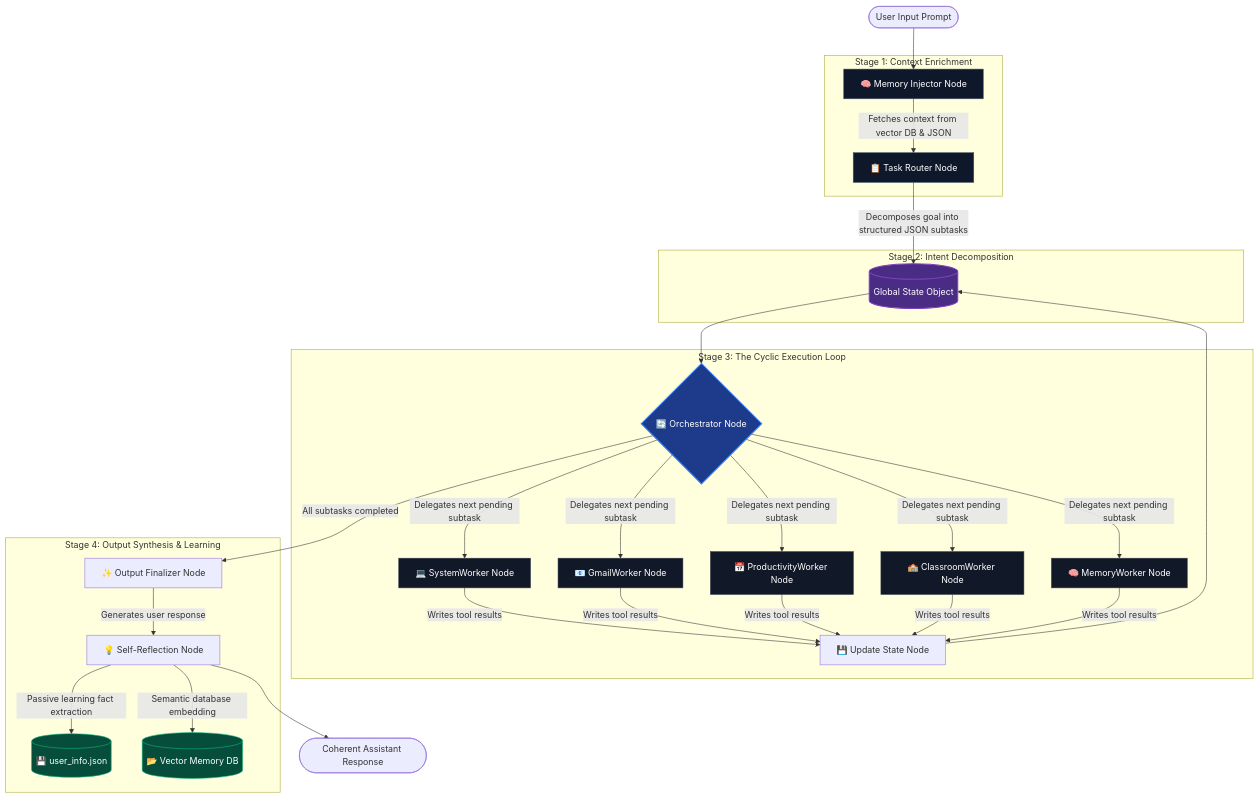
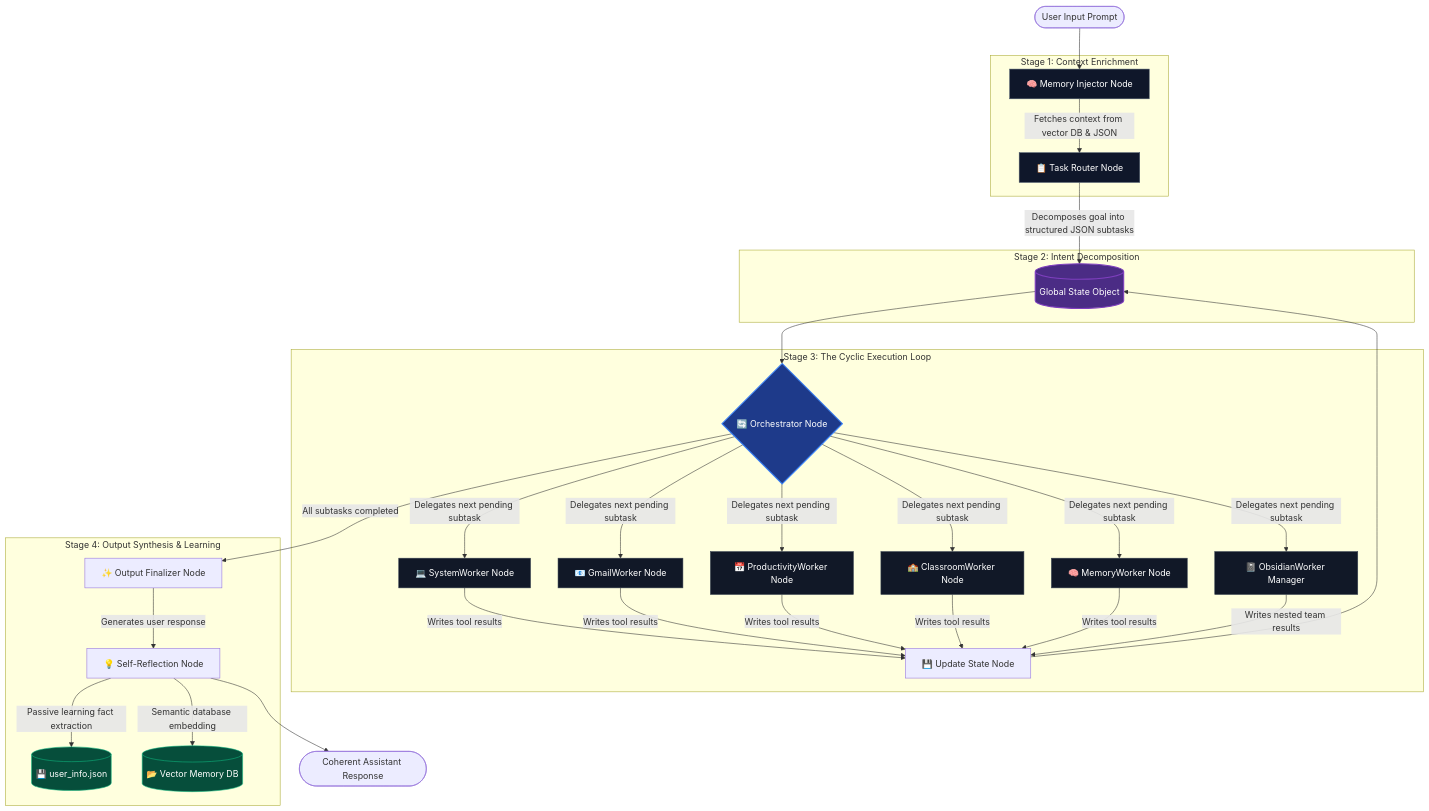
One commit to PrithvirajSinghChauhan8444/AI-Personal-Assistant-Backend changed the first of 2 diagrams in README.md. Above: the diagram before and after it, drawn with Mermaid. The commit also changed other lines of this file, not shown here.

Commit message:
docs: add ObsidianWorker documentation and architecture diagram to README

````diff
--- a/README.md
+++ b/README.md
@@ -15,58 +15,61 @@
 ```mermaid
 graph TD
     %% Entry Point
     Start([User Input Prompt]) --> N_Inject["🧠 Memory Injector Node"]
     
     subgraph Stage 1: Context Enrichment
         N_Inject -->|Fetches context from vector DB & JSON| N_Route["📋 Task Router Node"]
     end
     
     subgraph Stage 2: Intent Decomposition
         N_Route -->|Decomposes goal into structured JSON subtasks| State[(Global State Object)]
     end
     
     subgraph Stage 3: The Cyclic Execution Loop
         State --> N_Orch{"🔄 Orchestrator Node"}
         
         %% Worker Mappings
         N_Orch -->|Delegates next pending subtask| W_System["💻 SystemWorker Node"]
         N_Orch -->|Delegates next pending subtask| W_Gmail["📧 GmailWorker Node"]
         N_Orch -->|Delegates next pending subtask| W_Prod["📅 ProductivityWorker Node"]
         N_Orch -->|Delegates next pending subtask| W_Class["🏫 ClassroomWorker Node"]
         N_Orch -->|Delegates next pending subtask| W_Mem["🧠 MemoryWorker Node"]
+        N_Orch -->|Delegates next pending subtask| W_Obs["📓 ObsidianWorker Manager"]
         
         %% Worker updates
         W_System -->|Writes tool results| N_Update["💾 Update State Node"]
         W_Gmail -->|Writes tool results| N_Update
         W_Prod -->|Writes tool results| N_Update
         W_Class -->|Writes tool results| N_Update
         W_Mem -->|Writes tool results| N_Update
+        W_Obs -->|Writes nested team results| N_Update
         
         N_Update --> State
     end
     
     subgraph Stage 4: Output Synthesis & Learning
         N_Orch -->|All subtasks completed| N_Final["✨ Output Finalizer Node"]
         N_Final -->|Generates user response| N_Reflect["💡 Self-Reflection Node"]
         
         %% Passive Learning Links
         N_Reflect -->|Passive learning fact extraction| DB_JSON[("💾 user_info.json")]
         N_Reflect -->|Semantic database embedding| DB_Vector[("📂 Vector Memory DB")]
     end
 
     %% Final Output
     N_Reflect --> End([Coherent Assistant Response])
 
     %% Diagram Styling
     style State fill:#4b2c85,stroke:#7f3fbf,stroke-width:2px,color:#fff
     style N_Orch fill:#1e3a8a,stroke:#3b82f6,stroke-width:2px,color:#fff
     style N_Inject fill:#0f172a,stroke:#475569,stroke-width:1px,color:#fff
     style N_Route fill:#0f172a,stroke:#475569,stroke-width:1px,color:#fff
     style W_System fill:#111827,stroke:#374151,stroke-width:1px,color:#fff
     style W_Gmail fill:#111827,stroke:#374151,stroke-width:1px,color:#fff
     style W_Prod fill:#111827,stroke:#374151,stroke-width:1px,color:#fff
     style W_Class fill:#111827,stroke:#374151,stroke-width:1px,color:#fff
     style W_Mem fill:#111827,stroke:#374151,stroke-width:1px,color:#fff
+    style W_Obs fill:#111827,stroke:#374151,stroke-width:1px,color:#fff
     style DB_JSON fill:#064e3b,stroke:#10b981,stroke-width:1px,color:#fff
     style DB_Vector fill:#064e3b,stroke:#10b981,stroke-width:1px,color:#fff
 ```
````
